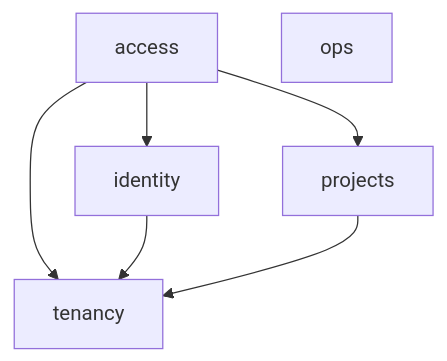
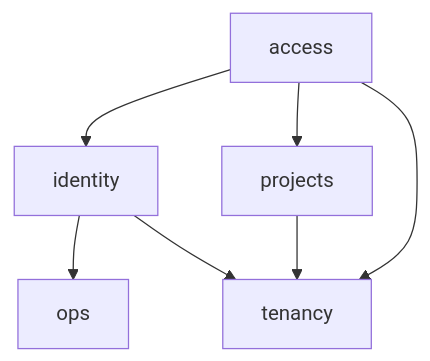
One commit to kingdonk-ops/Project-AIP changed the diagram in docs/architecture/module-map.md. Above: the diagram before and after it, drawn with Mermaid. The commit also changed other lines of this file and 56 other files, not shown here.

````diff
--- a/docs/architecture/module-map.md
+++ b/docs/architecture/module-map.md
@@ -20,10 +20,11 @@
 ```mermaid
 graph TD
     access --> identity
     access --> projects
     access --> tenancy
+    identity --> ops
     identity --> tenancy
     ops
     projects --> tenancy
     tenancy
 ```
````
